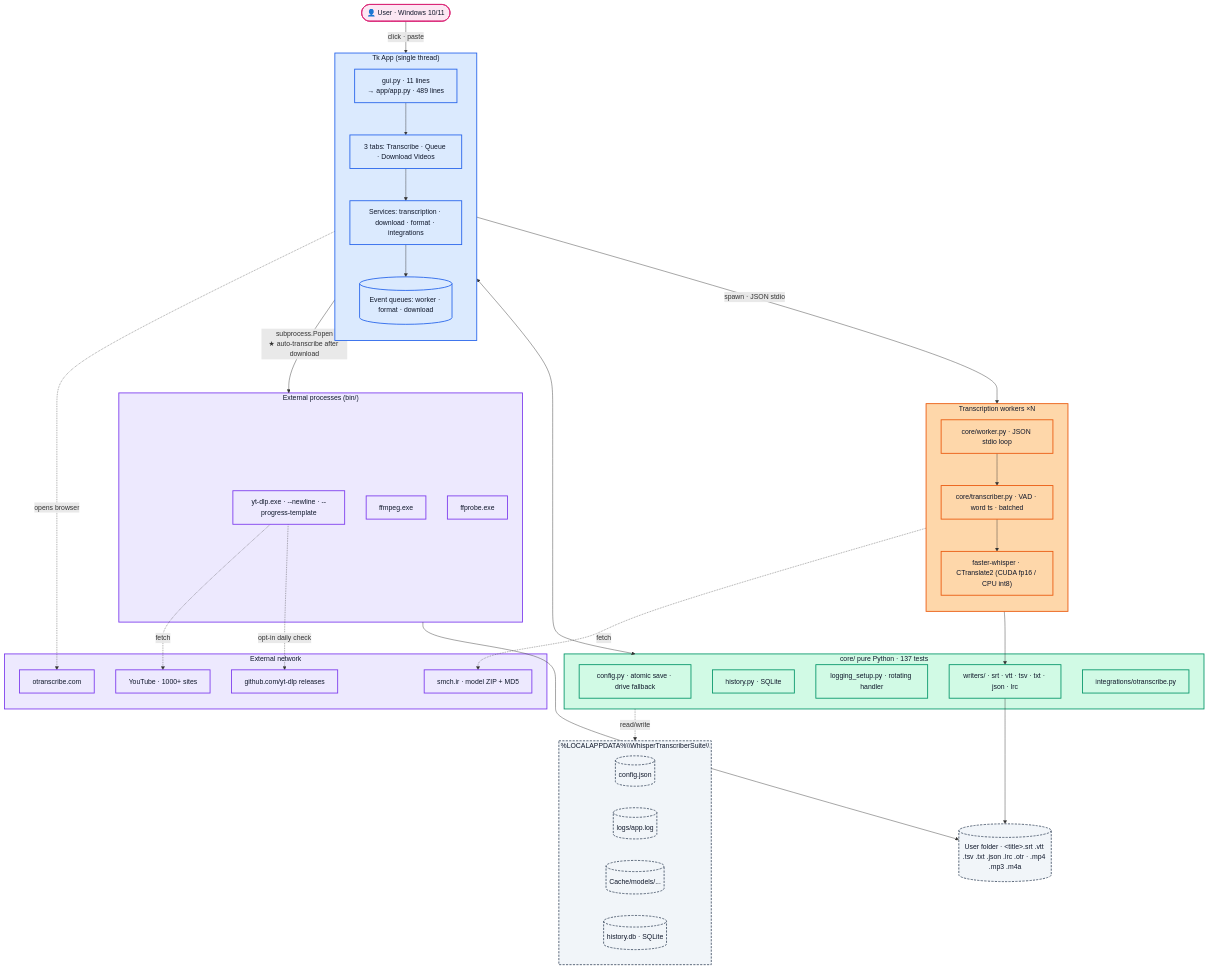
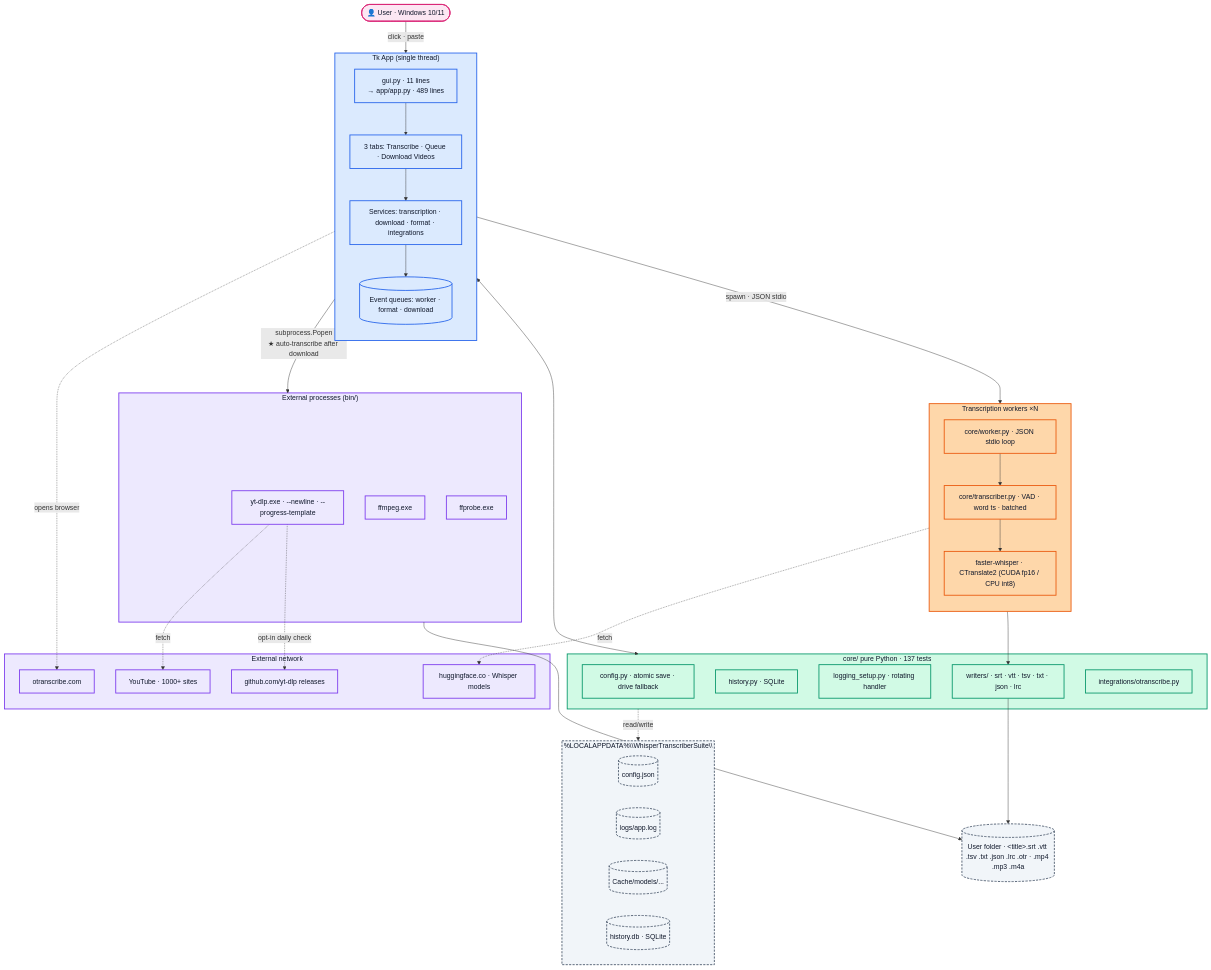
Before and after one commit to Milomilo777/whisper-transcriber-suite: the diagram in docs/architecture-diagrams.md, drawn with Mermaid. The commit also changed 15 other files, not shown here.

````diff
--- a/docs/architecture-diagrams.md
+++ b/docs/architecture-diagrams.md
@@ -14,79 +14,79 @@
 ```mermaid
 flowchart TB
     User([👤 User · Windows 10/11])
 
     subgraph App ["Tk App  (single thread)"]
         direction TB
         Entry["gui.py · 11 lines<br/>→ app/app.py · 489 lines"]
         Tabs["3 tabs: Transcribe · Queue · Download Videos"]
         Services["Services: transcription · download · format · integrations"]
         Queues[("Event queues: worker · format · download")]
         Entry --> Tabs --> Services --> Queues
     end
 
     subgraph Workers ["Transcription workers ×N"]
         direction TB
         Worker["core/worker.py · JSON stdio loop"]
         Trans["core/transcriber.py · VAD · word ts · batched"]
         FW["faster-whisper · CTranslate2 (CUDA fp16 / CPU int8)"]
         Worker --> Trans --> FW
     end
 
     subgraph Vendored ["External processes  (bin/)"]
         YTD["yt-dlp.exe · --newline · --progress-template"]
         FFM["ffmpeg.exe"]
         FFP["ffprobe.exe"]
     end
 
     subgraph Core ["core/  pure Python · 137 tests"]
         Config["config.py · atomic save · drive fallback"]
         Hist["history.py · SQLite"]
         Log["logging_setup.py · rotating handler"]
         Writers["writers/ · srt · vtt · tsv · txt · json · lrc"]
         OTR["integrations/otranscribe.py"]
     end
 
     subgraph FS ["%LOCALAPPDATA%\\WhisperTranscriberSuite\\"]
         ConfigJ[("config.json")]
         Logs[("logs/app.log")]
         Models[("Cache/models/...")]
         DB[("history.db · SQLite")]
     end
 
     Outputs[("User folder · &lt;title&gt;.srt .vtt .tsv .txt .json .lrc .otr · .mp4 .mp3 .m4a")]
 
     subgraph Net ["External network"]
-        Mirror["smch.ir · model ZIP + MD5"]
+        Mirror["huggingface.co · Whisper models"]
         Sites["YouTube · 1000+ sites"]
         OTRWeb["otranscribe.com"]
         GH["github.com/yt-dlp releases"]
     end
 
     User -->|click · paste| Entry
     Services -->|spawn · JSON stdio| Workers
     Services -->|subprocess.Popen<br/>★ auto-transcribe after download| Vendored
     Workers --> Writers
     Writers --> Outputs
     Vendored --> Outputs
     App <--> Core
     Core -.read/write.-> FS
     Trans -.fetch.-> Mirror
     YTD -.fetch.-> Sites
     Services -.opens browser.-> OTRWeb
     YTD -.opt-in daily check.-> GH
 
     classDef user fill:#fce7f3,stroke:#db2777,stroke-width:2px,color:#0f172a
     classDef ui fill:#dbeafe,stroke:#2563eb,stroke-width:2px,color:#0f172a
     classDef core fill:#d1fae5,stroke:#059669,stroke-width:2px,color:#0f172a
     classDef worker fill:#fed7aa,stroke:#ea580c,stroke-width:2px,color:#0f172a
     classDef ext fill:#ede9fe,stroke:#7c3aed,stroke-width:2px,color:#0f172a
     classDef fs fill:#f1f5f9,stroke:#475569,stroke-width:2px,stroke-dasharray:5 3,color:#0f172a
 
     class User user
     class App,Entry,Tabs,Services,Queues ui
     class Workers,Worker,Trans,FW worker
     class Vendored,YTD,FFM,FFP ext
     class Core,Config,Hist,Log,Writers,OTR core
     class FS,ConfigJ,Logs,Models,DB,Outputs fs
     class Net,Mirror,Sites,OTRWeb,GH ext
 ```
````
